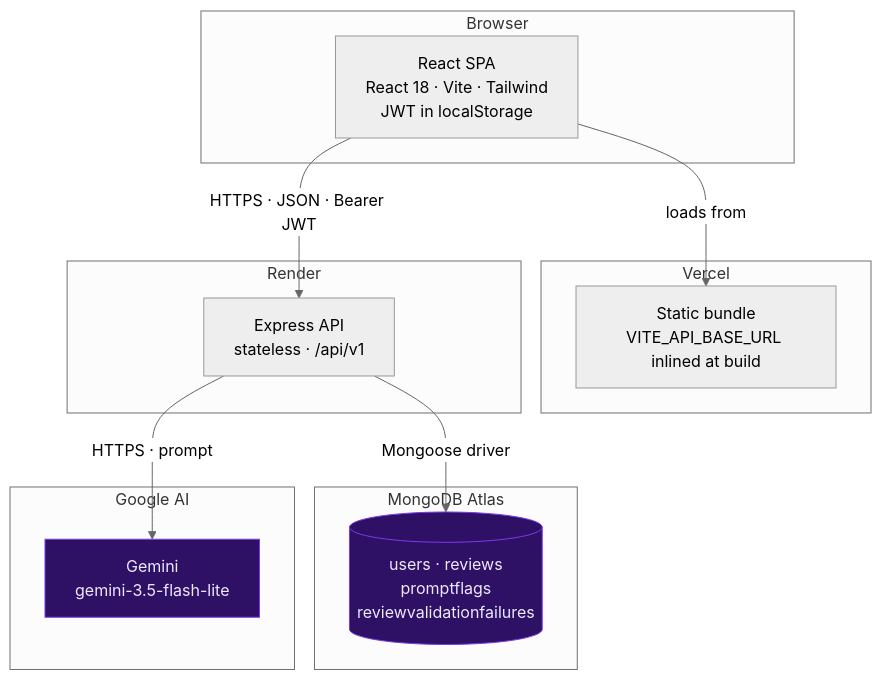
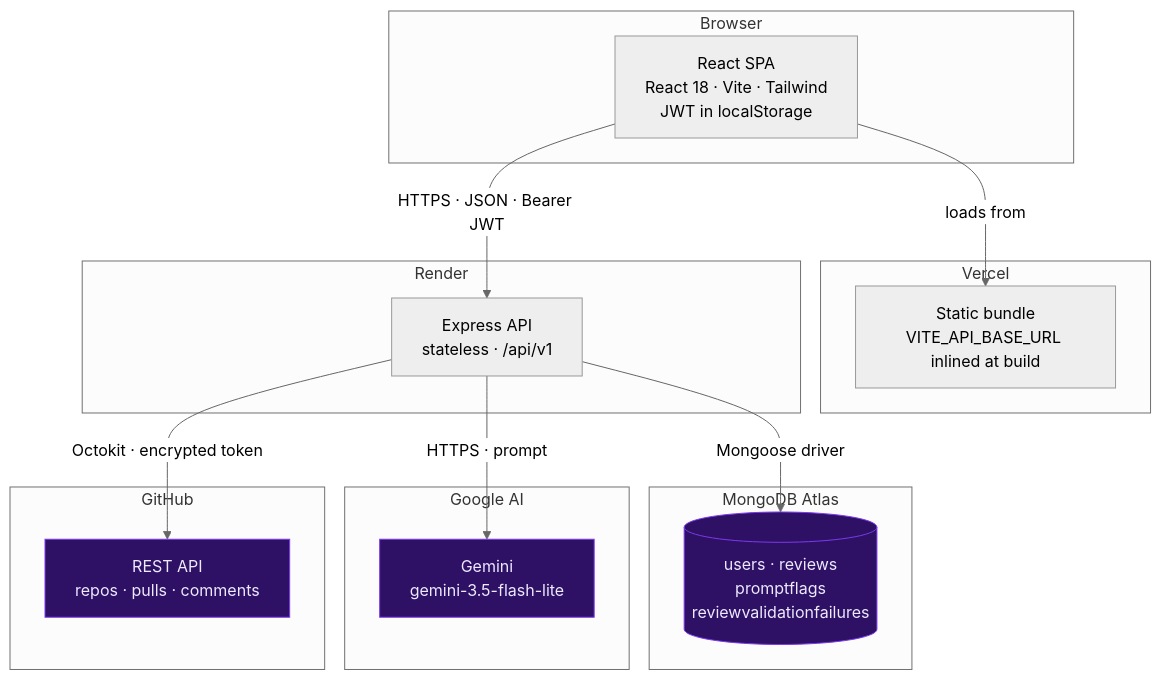
Before and after one commit to harshhhhss/DevLens: the first of 7 diagrams in ARCHITECTURE.md, drawn with Mermaid (neutral theme). The commit also changed other lines of this file and 1 other file, not shown here.

Commit message:
docs: document categories, insights and the GitHub integration

````diff
--- a/ARCHITECTURE.md
+++ b/ARCHITECTURE.md
@@ -25,30 +25,35 @@
 ```mermaid
 flowchart TB
     subgraph Browser["Browser"]
         SPA["React SPA<br/>React 18 · Vite · Tailwind<br/>JWT in localStorage"]
     end
 
     subgraph Vercel["Vercel"]
         Static["Static bundle<br/>VITE_API_BASE_URL inlined at build"]
     end
 
     subgraph Render["Render"]
         API["Express API<br/>stateless · /api/v1"]
     end
 
     subgraph Atlas["MongoDB Atlas"]
         DB[("users · reviews<br/>promptflags<br/>reviewvalidationfailures")]
     end
 
     subgraph Google["Google AI"]
         Gemini["Gemini<br/>gemini-3.5-flash-lite"]
     end
 
+    subgraph GitHubCloud["GitHub"]
+        GH["REST API<br/>repos · pulls · comments"]
+    end
+
     SPA -->|"loads from"| Static
     SPA -->|"HTTPS · JSON · Bearer JWT"| API
     API -->|"Mongoose driver"| DB
     API -->|"HTTPS · prompt"| Gemini
+    API -->|"Octokit · encrypted token"| GH
 
     classDef ext fill:#2e1065,stroke:#7c3aed,color:#ede9fe
-    class Gemini,DB ext
+    class Gemini,DB,GH ext
 ```
````
